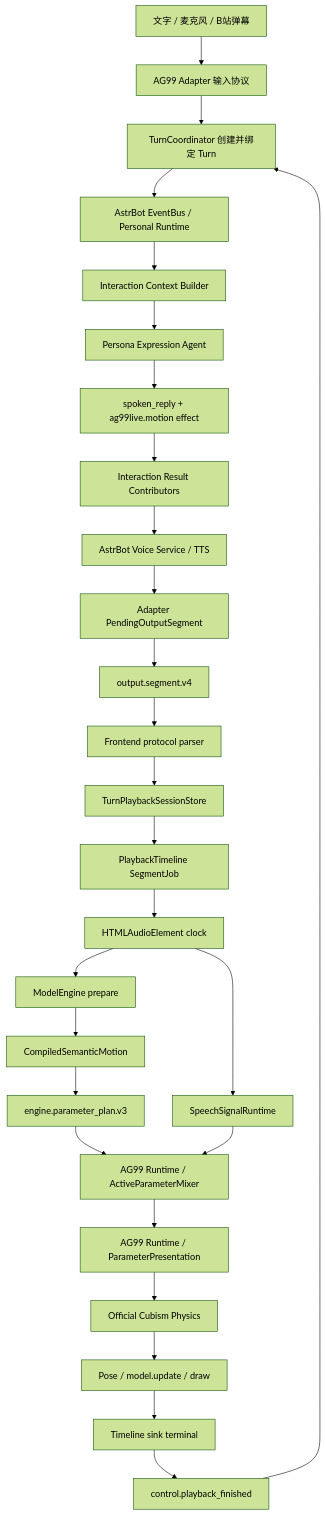
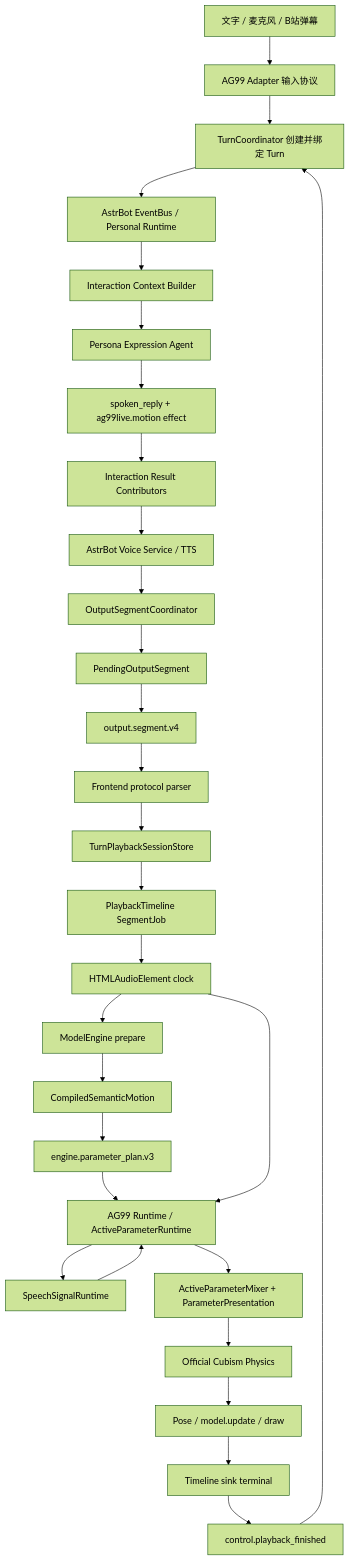
One commit to murphys7017/AG99live changed the diagram in docs/02-设计文档/19-角色表演主流程与编排职责审计.md. Above: the diagram before and after it, drawn with Mermaid (forest theme). The commit also changed other lines of this file and 38 other files, not shown here.

Commit message:
refactor: split adapter runtime responsibilities

````diff
--- a/docs/02-设计文档/19-角色表演主流程与编排职责审计.md
+++ b/docs/02-设计文档/19-角色表演主流程与编排职责审计.md
@@ -52,29 +56,31 @@
 ```mermaid
 flowchart TD
-    U[文字 / 麦克风 / B站弹幕] --> A[AG99 Adapter 输入协议]
+    INPUT[文字 / 麦克风 / B站弹幕] --> A[AG99 Adapter 输入协议]
     A --> B[TurnCoordinator 创建并绑定 Turn]
     B --> C[AstrBot EventBus / Personal Runtime]
     C --> D[Interaction Context Builder]
     D --> E[Persona Expression Agent]
     E --> F[spoken_reply + ag99live.motion effect]
     F --> G[Interaction Result Contributors]
     G --> H[AstrBot Voice Service / TTS]
-    H --> I[Adapter PendingOutputSegment]
-    I --> J[output.segment.v4]
-    J --> K[Frontend protocol parser]
-    K --> L[TurnPlaybackSessionStore]
-    L --> M[PlaybackTimeline SegmentJob]
-    M --> N[HTMLAudioElement clock]
-    N --> O[ModelEngine prepare]
-    O --> P[CompiledSemanticMotion]
-    P --> Q[engine.parameter_plan.v3]
-    Q --> R[AG99 Runtime / ActiveParameterMixer]
-    N --> S[SpeechSignalRuntime]
-    S --> R
-    R --> T[AG99 Runtime / ParameterPresentation]
-    T --> V[Official Cubism Physics]
+    H --> I[OutputSegmentCoordinator]
+    I --> J[PendingOutputSegment]
+    J --> K[output.segment.v4]
+    K --> L[Frontend protocol parser]
+    L --> M[TurnPlaybackSessionStore]
+    M --> N[PlaybackTimeline SegmentJob]
+    N --> O[HTMLAudioElement clock]
+    O --> P[ModelEngine prepare]
+    P --> Q[CompiledSemanticMotion]
+    Q --> R[engine.parameter_plan.v3]
+    R --> S[AG99 Runtime / ActiveParameterRuntime]
+    O --> S
+    S --> T[SpeechSignalRuntime]
+    T --> S
+    S --> U[ActiveParameterMixer + ParameterPresentation]
+    U --> V[Official Cubism Physics]
     V --> W[Pose / model.update / draw]
     W --> X[Timeline sink terminal]
     X --> Y[control.playback_finished]
     Y --> B
 ```
````
